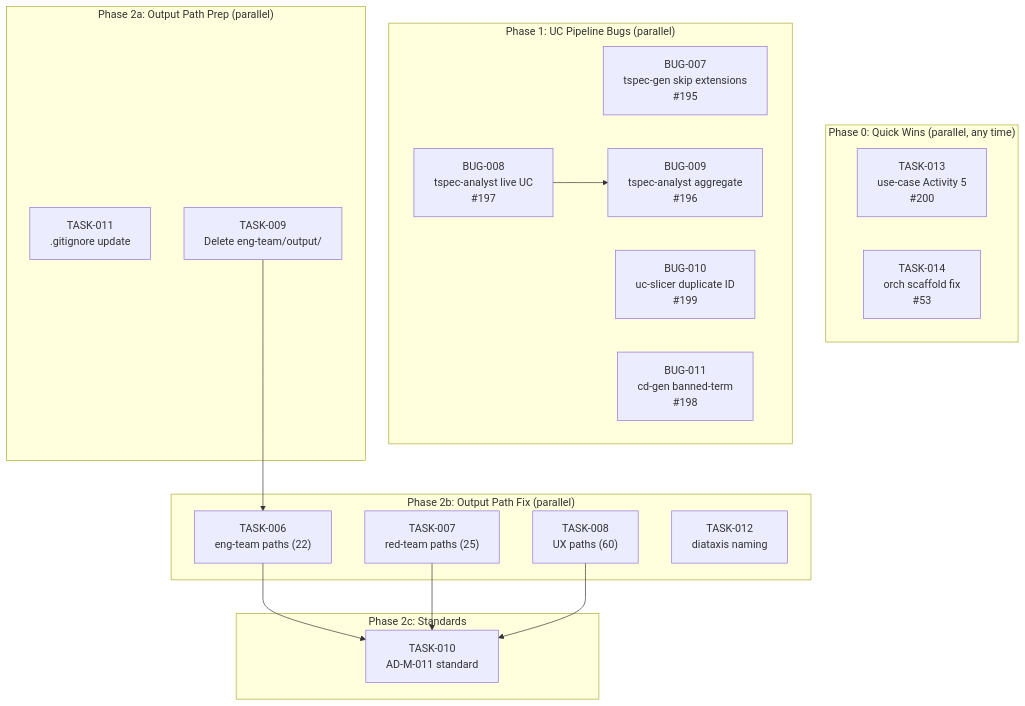
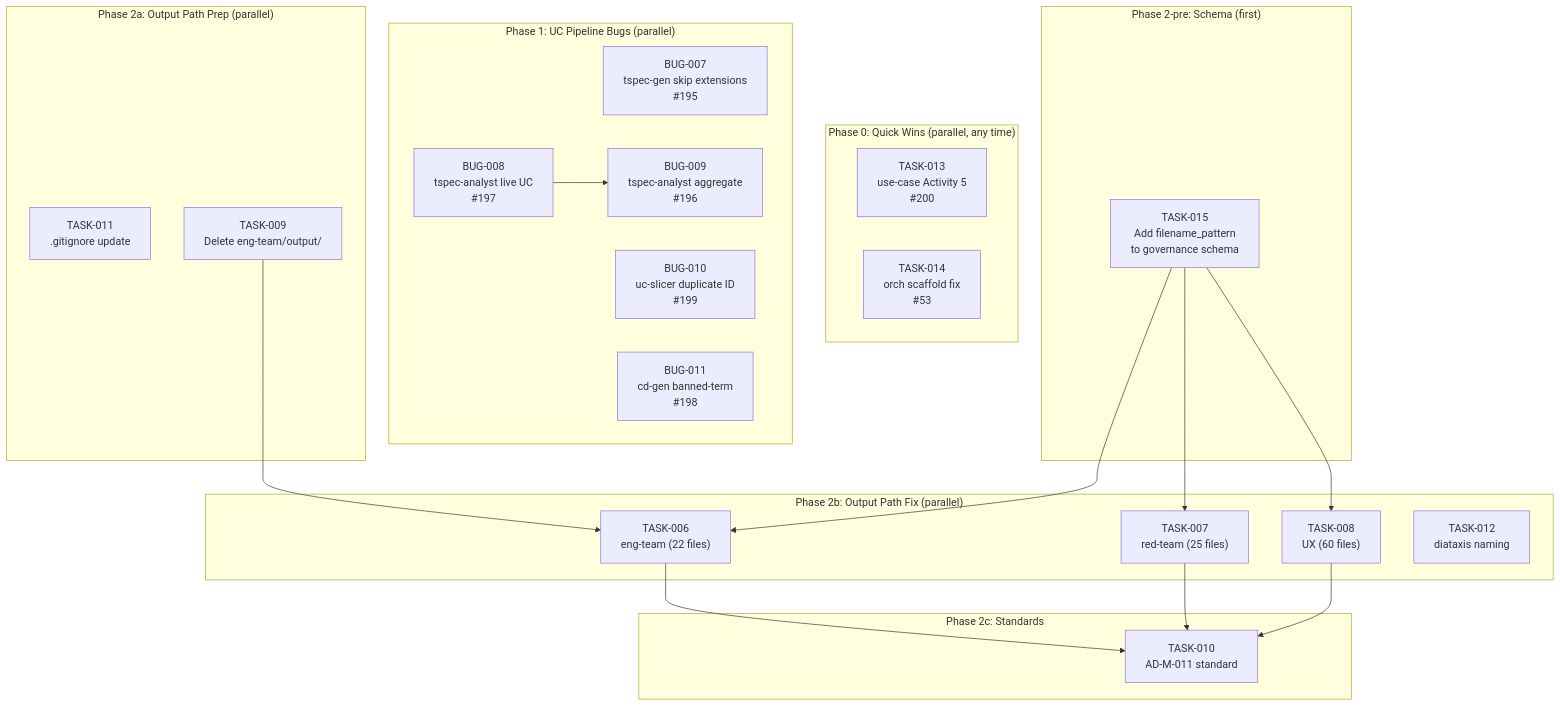
One commit to geekatron/jerry changed the diagram in projects/PROJ-024-tactical-work/work/EPIC-002-issue-triage-batch/EPIC-002-issue-triage-batch.md. Above: the diagram before and after it, drawn with Mermaid. The commit also changed other lines of this file and 6 other files, not shown here.

First line of the commit message:
fix(worktracker): align Phase 2 task entities with ADR-EPIC002-001 migration guide

````diff
--- a/projects/PROJ-024-tactical-work/work/EPIC-002-issue-triage-batch/EPIC-002-issue-triage-batch.md
+++ b/projects/PROJ-024-tactical-work/work/EPIC-002-issue-triage-batch/EPIC-002-issue-triage-batch.md
@@ -87,37 +88,44 @@
 ```mermaid
 graph TD
     subgraph "Phase 0: Quick Wins (parallel, any time)"
         T13["TASK-013<br/>use-case Activity 5<br/>#200"]
         T14["TASK-014<br/>orch scaffold fix<br/>#53"]
     end
 
     subgraph "Phase 1: UC Pipeline Bugs (parallel)"
         B07["BUG-007<br/>tspec-gen skip extensions<br/>#195"]
         B08["BUG-008<br/>tspec-analyst live UC<br/>#197"]
         B09["BUG-009<br/>tspec-analyst aggregate<br/>#196"]
         B10["BUG-010<br/>uc-slicer duplicate ID<br/>#199"]
         B11["BUG-011<br/>cd-gen banned-term<br/>#198"]
         B08 --> B09
     end
 
+    subgraph "Phase 2-pre: Schema (first)"
+        T15["TASK-015<br/>Add filename_pattern<br/>to governance schema"]
+    end
+
     subgraph "Phase 2a: Output Path Prep (parallel)"
         T11["TASK-011<br/>.gitignore update"]
         T09["TASK-009<br/>Delete eng-team/output/"]
     end
 
     subgraph "Phase 2b: Output Path Fix (parallel)"
-        T06["TASK-006<br/>eng-team paths (22)"]
-        T07["TASK-007<br/>red-team paths (25)"]
-        T08["TASK-008<br/>UX paths (60)"]
+        T06["TASK-006<br/>eng-team (22 files)"]
+        T07["TASK-007<br/>red-team (25 files)"]
+        T08["TASK-008<br/>UX (60 files)"]
         T12["TASK-012<br/>diataxis naming"]
     end
 
     subgraph "Phase 2c: Standards"
         T10["TASK-010<br/>AD-M-011 standard"]
     end
 
+    T15 --> T06
+    T15 --> T07
+    T15 --> T08
     T09 --> T06
     T06 --> T10
     T07 --> T10
     T08 --> T10
 ```
````
